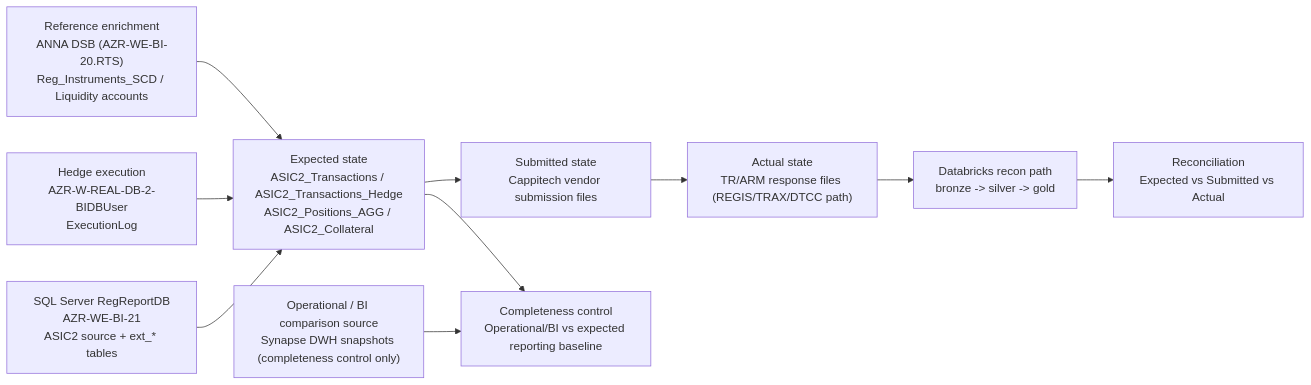
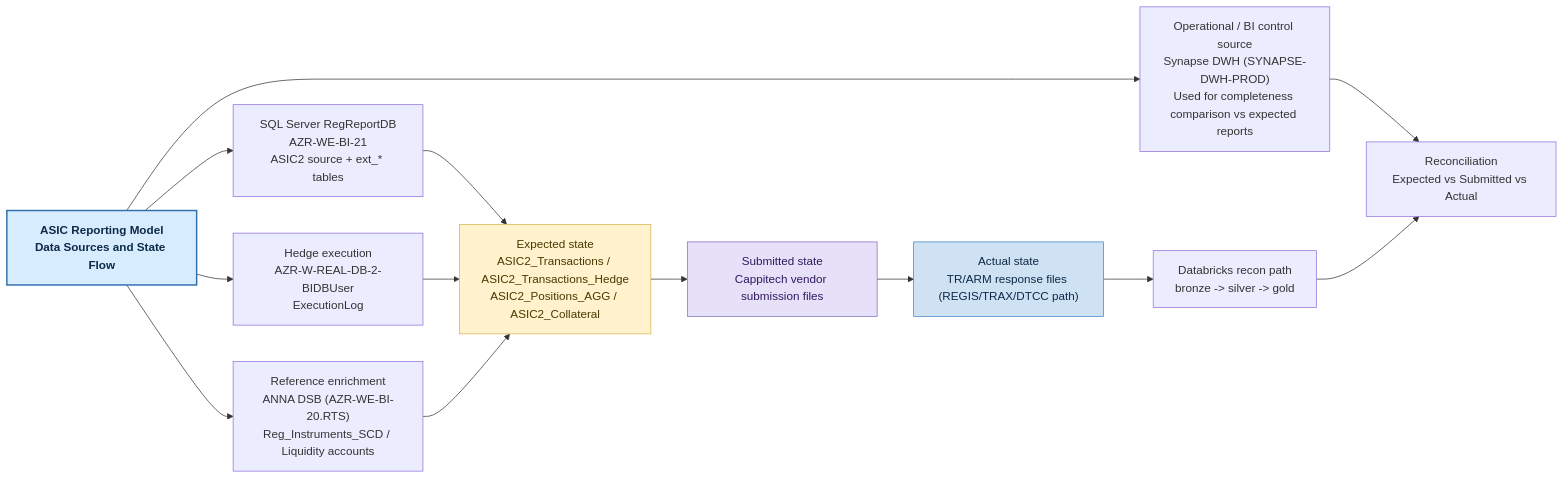
Before and after one commit to valentinosko-hub/RegTech: the diagram in docs/reporting-model-asic-data-sources.md, drawn with Mermaid. The commit also changed 15 other files, not shown here.

Commit message:
Style per-model diagrams with title and state colors

````diff
--- a/docs/reporting-model-asic-data-sources.md
+++ b/docs/reporting-model-asic-data-sources.md
@@ -3,21 +3,35 @@
 ```mermaid
 flowchart LR
-  OBI["Operational / BI comparison source<br/>Synapse DWH snapshots (completeness control only)"]
+  TITLE["ASIC Reporting Model<br/>Data Sources and State Flow"]
+  SRC1["Operational / BI control source<br/>Synapse DWH (SYNAPSE-DWH-PROD)<br/>Used for completeness comparison vs expected reports"]
   SRC2["SQL Server RegReportDB<br/>AZR-WE-BI-21<br/>ASIC2 source + ext_* tables"]
   SRC3["Hedge execution<br/>AZR-W-REAL-DB-2-BIDBUser<br/>ExecutionLog"]
   SRC4["Reference enrichment<br/>ANNA DSB (AZR-WE-BI-20.RTS)<br/>Reg_Instruments_SCD / Liquidity accounts"]
 
   EXP["Expected state<br/>ASIC2_Transactions / ASIC2_Transactions_Hedge<br/>ASIC2_Positions_AGG / ASIC2_Collateral"]
   SUB["Submitted state<br/>Cappitech vendor submission files"]
   ACT["Actual state<br/>TR/ARM response files (REGIS/TRAX/DTCC path)"]
   DBX["Databricks recon path<br/>bronze -> silver -> gold"]
   REC["Reconciliation<br/>Expected vs Submitted vs Actual"]
-  CMP["Completeness control<br/>Operational/BI vs expected reporting baseline"]
 
+  TITLE --> SRC1
+  TITLE --> SRC2
+  TITLE --> SRC3
+  TITLE --> SRC4
+
+  SRC1 --> REC
   SRC2 --> EXP
   SRC3 --> EXP
   SRC4 --> EXP
   EXP --> SUB --> ACT --> DBX --> REC
-  OBI --> CMP
-  EXP --> CMP
+
+  classDef title fill:#d8ecff,stroke:#2f6fab,stroke-width:2px,color:#0e2a47,font-weight:bold;
+  classDef expected fill:#fff2cc,stroke:#d6b656,color:#4a3900;
+  classDef submitted fill:#e6e0f8,stroke:#7f70bf,color:#2f1a5f;
+  classDef actual fill:#cfe2f3,stroke:#3d85c6,color:#0e2a47;
+
+  class TITLE title;
+  class EXP expected;
+  class SUB submitted;
+  class ACT actual;
 ```
````
